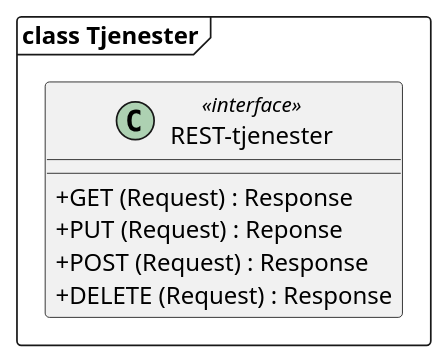
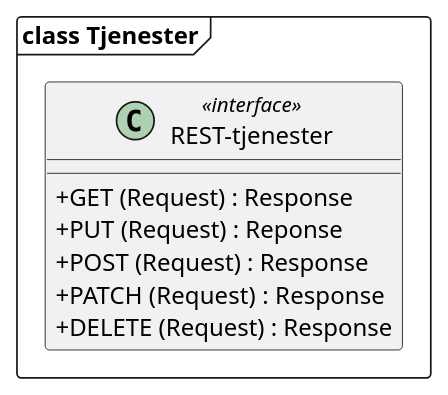
Before and after one commit to arkivverket/noark5-tjenestegrensesnitt-standard: the diagram in kapitler/media/uml-klasse-http-metoder.puml, drawn with PlantUML. The commit also changed 2 other files, not shown here.

Commit message:
Beskriv PATCH for endring av instanser
Baserer PATCH-formatet på RFC 7396 i stedet for RFC 6902, da
notasjonen er enklere og det ikke ser ut til at denne
spesifikasjonen trenger et mer rikholding vokabular.

Fixes #6

```diff
--- a/kapitler/media/uml-klasse-http-metoder.puml
+++ b/kapitler/media/uml-klasse-http-metoder.puml
@@ -1,14 +1,15 @@
 @startuml
 skinparam classAttributeIconSize 0
 
 package "class Tjenester" <<Frame>> {
 
 class REST-tjenester << interface >> {
   +GET (Request) : Response
   +PUT (Request) : Reponse
   +POST (Request) : Response
+  +PATCH (Request) : Response
   +DELETE (Request) : Response
 }
 
 }
 @enduml
```
